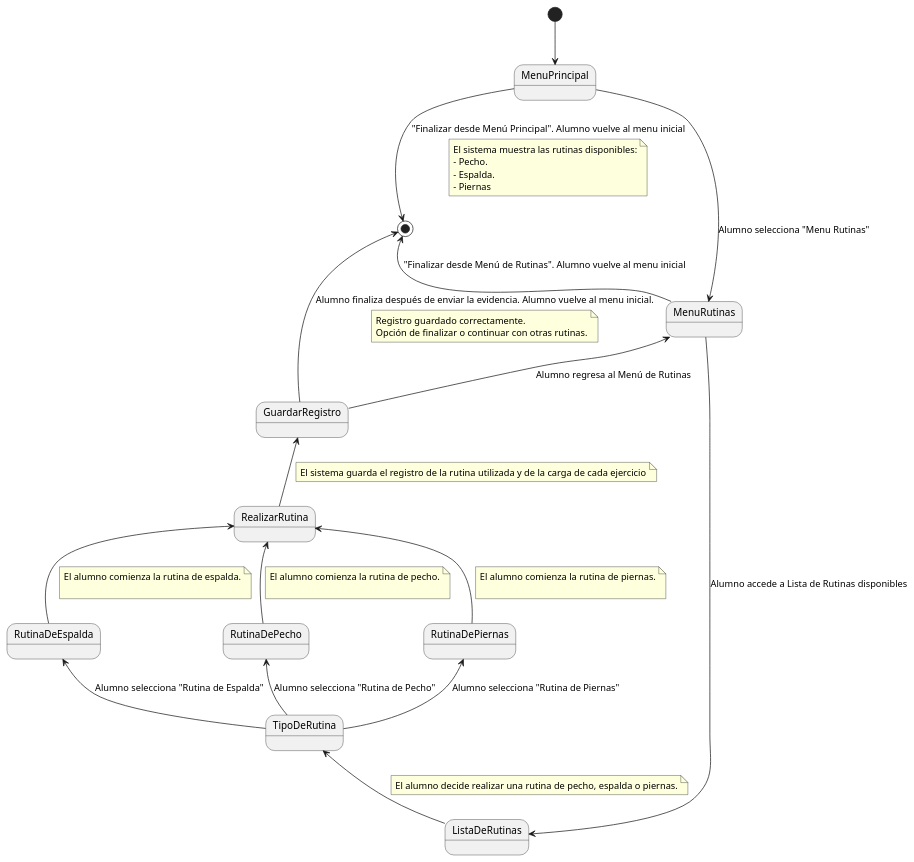
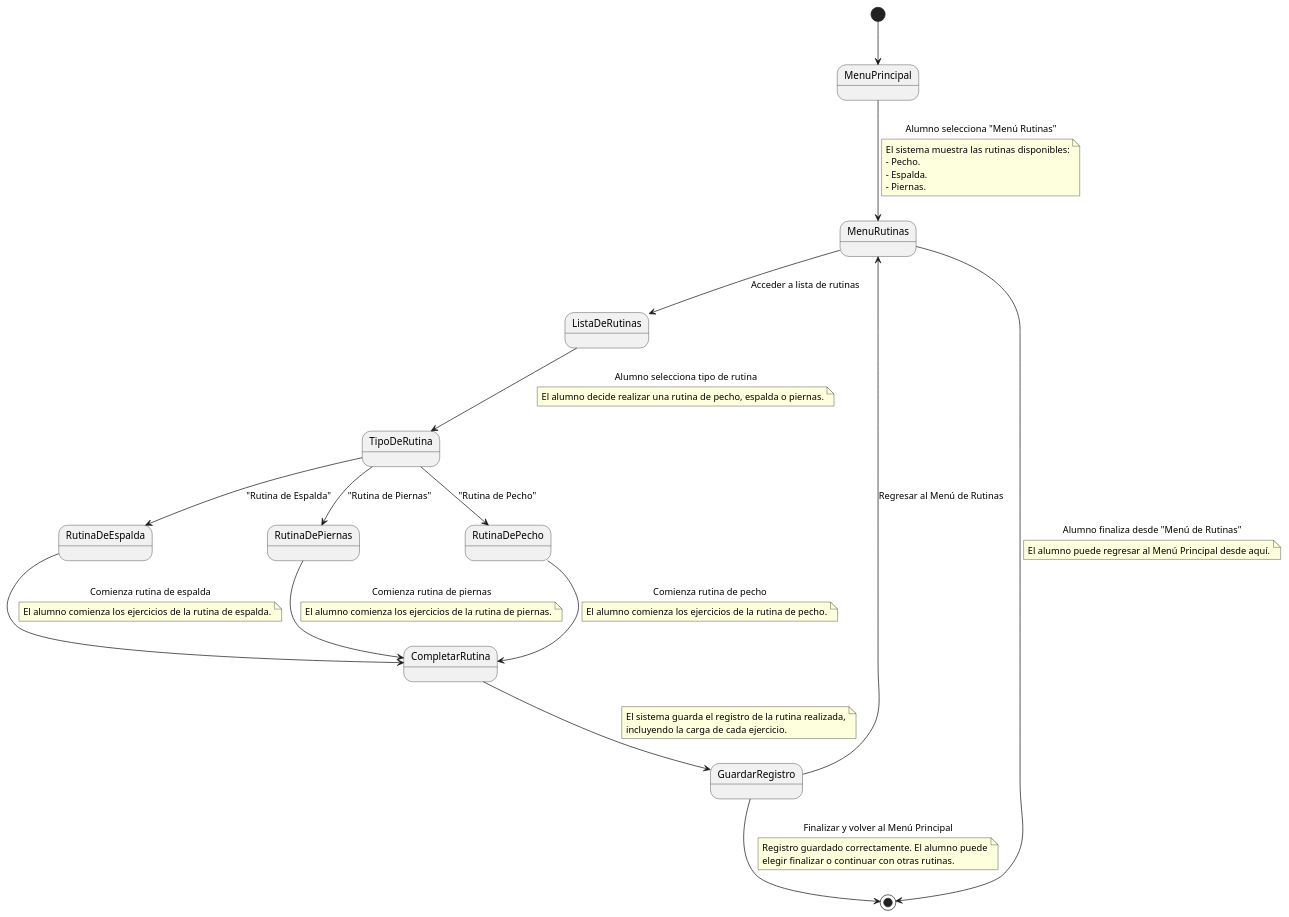
The diagram in Documentos/DetallarCasosDeUso/CompletarRutinas.puml (mmasias/24-25-IdSw1-SDR), drawn with PlantUML before and after one commit.

```diff
--- a/Documentos/DetallarCasosDeUso/CompletarRutinas.puml
+++ b/Documentos/DetallarCasosDeUso/CompletarRutinas.puml
@@ -1,55 +1,57 @@
 @startuml
 
-[*] --> MenuPrincipal 
+top to bottom direction
 
-MenuPrincipal --> MenuRutinas : Alumno selecciona "Menu Rutinas"
-MenuPrincipal --> [*] : "Finalizar desde Menú Principal". Alumno vuelve al menu inicial
+[*] --> MenuPrincipal
+
+MenuPrincipal --> MenuRutinas : Alumno selecciona "Menú Rutinas"
 note on link
     El sistema muestra las rutinas disponibles:
     - Pecho.
     - Espalda.
-    - Piernas
+    - Piernas.
 end note
-MenuRutinas -u-> ListaDeRutinas : Alumno accede a Lista de Rutinas disponibles
-MenuRutinas -u-> [*] : "Finalizar desde Menú de Rutinas". Alumno vuelve al menu inicial
 
+MenuRutinas --> ListaDeRutinas : Acceder a lista de rutinas
+MenuRutinas --> [*] : Alumno finaliza desde "Menú de Rutinas"
+note on link
+    El alumno puede regresar al Menú Principal desde aquí.
+end note
 
-ListaDeRutinas -u-> TipoDeRutina
+ListaDeRutinas --> TipoDeRutina : Alumno selecciona tipo de rutina
 note on link
     El alumno decide realizar una rutina de pecho, espalda o piernas.
 end note
 
 state TipoDeRutina <<choice>>
-TipoDeRutina -u-> RutinaDePecho : Alumno selecciona "Rutina de Pecho"
-TipoDeRutina -u-> RutinaDeEspalda : Alumno selecciona "Rutina de Espalda"
-TipoDeRutina -u-> RutinaDePiernas : Alumno selecciona "Rutina de Piernas"
+TipoDeRutina --> RutinaDePecho : "Rutina de Pecho"
+TipoDeRutina --> RutinaDeEspalda : "Rutina de Espalda"
+TipoDeRutina --> RutinaDePiernas : "Rutina de Piernas"
 
-RutinaDePecho -u-> RealizarRutina
+RutinaDePecho --> CompletarRutina : Comienza rutina de pecho
 note on link
-    El alumno comienza la rutina de pecho.
-    
+    El alumno comienza los ejercicios de la rutina de pecho.
 end note
-RutinaDeEspalda -u-> RealizarRutina
+RutinaDeEspalda --> CompletarRutina : Comienza rutina de espalda
 note on link
-    El alumno comienza la rutina de espalda.
-    
+    El alumno comienza los ejercicios de la rutina de espalda.
 end note
-RutinaDePiernas -u-> RealizarRutina
+RutinaDePiernas --> CompletarRutina : Comienza rutina de piernas
 note on link
-    El alumno comienza la rutina de piernas.
-    
+    El alumno comienza los ejercicios de la rutina de piernas.
 end note
 
-RealizarRutina -u-> GuardarRegistro
+CompletarRutina --> GuardarRegistro
 note on link
-    El sistema guarda el registro de la rutina utilizada y de la carga de cada ejercicio
+    El sistema guarda el registro de la rutina realizada,
+    incluyendo la carga de cada ejercicio.
 end note
 
-GuardarRegistro  -u-> MenuRutinas : Alumno regresa al Menú de Rutinas
-GuardarRegistro -u-> [*] : Alumno finaliza después de enviar la evidencia. Alumno vuelve al menu inicial.
+GuardarRegistro --> MenuRutinas : Regresar al Menú de Rutinas
+GuardarRegistro --> [*] : Finalizar y volver al Menú Principal
 note on link
-    Registro guardado correctamente. 
-    Opción de finalizar o continuar con otras rutinas.
+    Registro guardado correctamente. El alumno puede
+    elegir finalizar o continuar con otras rutinas.
 end note
 
 @enduml
```
